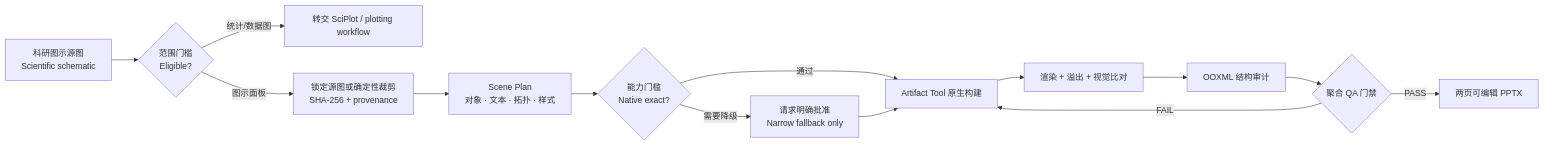
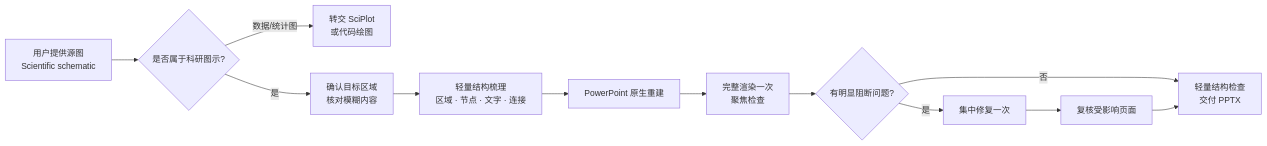
One commit to SciToolsmith/sci-diagram-pptx changed the diagram in README.md. Above: the diagram before and after it, drawn with Mermaid. The commit also changed other lines of this file and 26 other files, not shown here.

First line of the commit message:
Simplify SciDiagram PPTX into a balanced workflow

````diff
--- a/README.md
+++ b/README.md
@@ -164,16 +161,14 @@
 ```mermaid
 flowchart LR
-    A["科研图示源图<br/>Scientific schematic"] --> B{"范围门槛<br/>Eligible?"}
-    B -->|"统计/数据图"| X["转交 SciPlot / plotting workflow"]
-    B -->|"图示面板"| C["锁定源图或确定性裁剪<br/>SHA-256 + provenance"]
-    C --> D["Scene Plan<br/>对象 · 文本 · 拓扑 · 样式"]
-    D --> E{"能力门槛<br/>Native exact?"}
-    E -->|"需要降级"| F["请求明确批准<br/>Narrow fallback only"]
-    E -->|"通过"| G["Artifact Tool 原生构建"]
-    F --> G
-    G --> H["渲染 + 溢出 + 视觉比对"]
-    H --> I["OOXML 结构审计"]
-    I --> J{"聚合 QA 门禁"}
-    J -->|"FAIL"| G
-    J -->|"PASS"| K["两页可编辑 PPTX"]
+    A["用户提供源图<br/>Scientific schematic"] --> B{"是否属于科研图示?"}
+    B -->|"数据/统计图"| X["转交 SciPlot<br/>或代码绘图"]
+    B -->|"是"| C["确认目标区域<br/>核对模糊内容"]
+    C --> D["轻量结构梳理<br/>区域 · 节点 · 文字 · 连接"]
+    D --> E["PowerPoint 原生重建"]
+    E --> F["完整渲染一次<br/>聚焦检查"]
+    F --> G{"有明显阻断问题?"}
+    G -->|"否"| J["轻量结构检查<br/>交付 PPTX"]
+    G -->|"是"| H["集中修复一次"]
+    H --> I["复核受影响页面"]
+    I --> J
 ```
````
